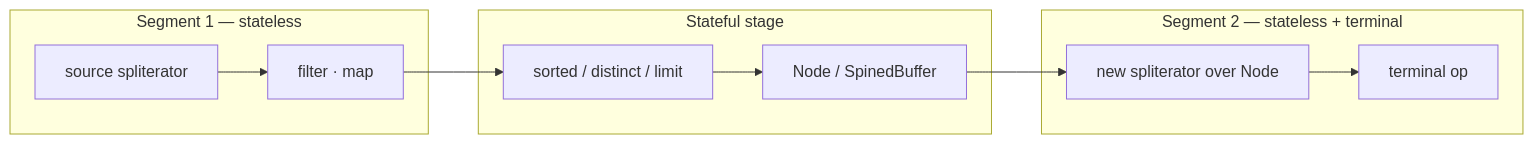
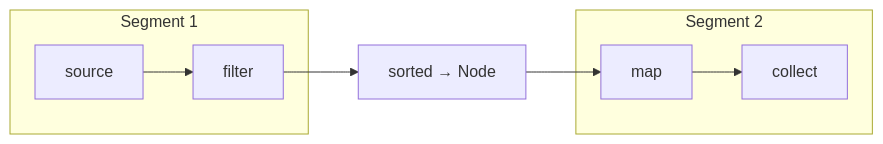
One commit to kevinwang930/kevinwang930.github.io changed the fourth of 4 diagrams in content/post/java/stream/index.md. Above: the diagram before and after it, drawn with Mermaid. The commit also changed other lines of this file, not shown here.

````diff
--- a/content/post/java/stream/index.md
+++ b/content/post/java/stream/index.md
@@ -264,21 +333,11 @@
 ```mermaid
 flowchart LR
-    subgraph Seg1["Segment 1 — stateless"]
-        S1["source spliterator"]
-        F1["filter · map"]
+    subgraph Seg1["Segment 1"]
+        S1["source"] --> F1["filter"]
     end
-
-    subgraph Stateful["Stateful stage"]
-        ST["sorted / distinct / limit"]
-        N["Node / SpinedBuffer"]
+    ST["sorted → Node"]
+    subgraph Seg2["Segment 2"]
+        M1["map"] --> T1["collect"]
     end
-
-    subgraph Seg2["Segment 2 — stateless + terminal"]
-        S2["new spliterator over Node"]
-        T["terminal op"]
-    end
-
-    S1 --> F1 --> ST
-    ST --> N
-    N --> S2 --> T
+    F1 --> ST --> M1
 ```
````
